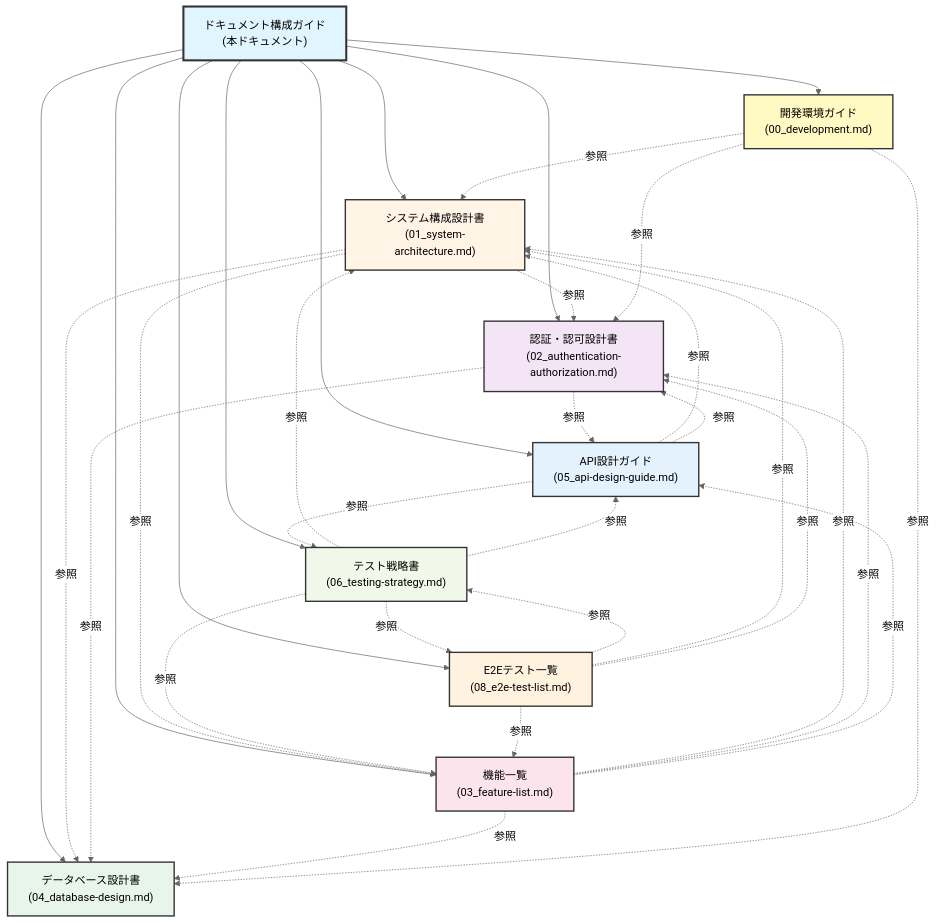
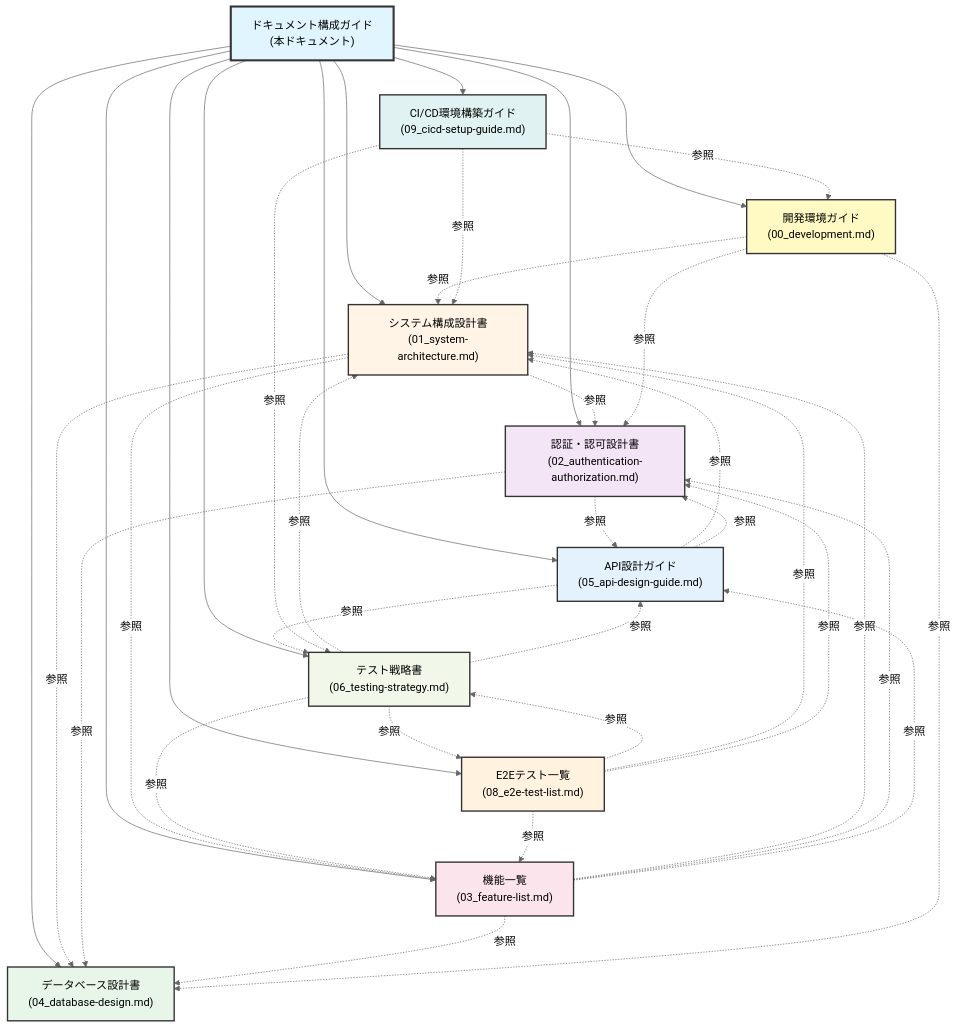
One commit to TomokiIshimine/fullstack-app-with-claude changed the diagram in docs/07_documentation-guide.md. Above: the diagram before and after it, drawn with Mermaid (neutral theme). The commit also changed other lines of this file and 2 other files, not shown here.

First line of the commit message:
docs: add comprehensive CI/CD setup guide

````diff
--- a/docs/07_documentation-guide.md
+++ b/docs/07_documentation-guide.md
@@ -35,53 +36,59 @@
 ```mermaid
 graph TB
     DG["ドキュメント構成ガイド<br/>(本ドキュメント)"]
 
     DG --> SA["システム構成設計書<br/>(01_system-architecture.md)"]
     DG --> DB["データベース設計書<br/>(04_database-design.md)"]
     DG --> AA["認証・認可設計書<br/>(02_authentication-authorization.md)"]
     DG --> API["API設計ガイド<br/>(05_api-design-guide.md)"]
     DG --> FL["機能一覧<br/>(03_feature-list.md)"]
     DG --> TEST["テスト戦略書<br/>(06_testing-strategy.md)"]
     DG --> E2E["E2Eテスト一覧<br/>(08_e2e-test-list.md)"]
     DG --> DEV["開発環境ガイド<br/>(00_development.md)"]
+    DG --> CICD["CI/CD環境構築ガイド<br/>(09_cicd-setup-guide.md)"]
 
     SA -.参照.-> DB
     SA -.参照.-> AA
     SA -.参照.-> FL
 
     AA -.参照.-> DB
     AA -.参照.-> API
 
     API -.参照.-> SA
     API -.参照.-> AA
     API -.参照.-> TEST
 
     FL -.参照.-> SA
     FL -.参照.-> DB
     FL -.参照.-> AA
     FL -.参照.-> API
 
     TEST -.参照.-> SA
     TEST -.参照.-> API
     TEST -.参照.-> FL
     TEST -.参照.-> E2E
 
     E2E -.参照.-> TEST
     E2E -.参照.-> FL
     E2E -.参照.-> SA
     E2E -.参照.-> AA
 
     DEV -.参照.-> SA
     DEV -.参照.-> DB
     DEV -.参照.-> AA
 
+    CICD -.参照.-> DEV
+    CICD -.参照.-> TEST
+    CICD -.参照.-> SA
+
     style DG fill:#e1f5ff,stroke:#333,stroke-width:3px
     style SA fill:#fff4e6,stroke:#333,stroke-width:2px
     style DB fill:#e8f5e9,stroke:#333,stroke-width:2px
     style AA fill:#f3e5f5,stroke:#333,stroke-width:2px
     style API fill:#e3f2fd,stroke:#333,stroke-width:2px
     style FL fill:#fce4ec,stroke:#333,stroke-width:2px
     style TEST fill:#f1f8e9,stroke:#333,stroke-width:2px
     style E2E fill:#fff3e0,stroke:#333,stroke-width:2px
     style DEV fill:#fff9c4,stroke:#333,stroke-width:2px
+    style CICD fill:#e0f2f1,stroke:#333,stroke-width:2px
 ```
````
